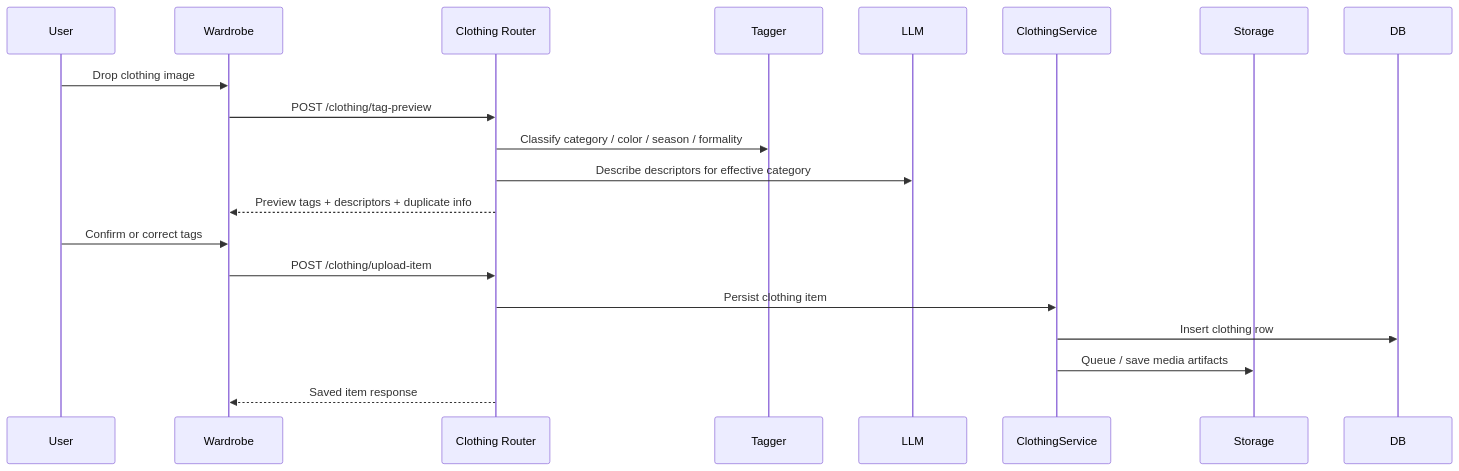
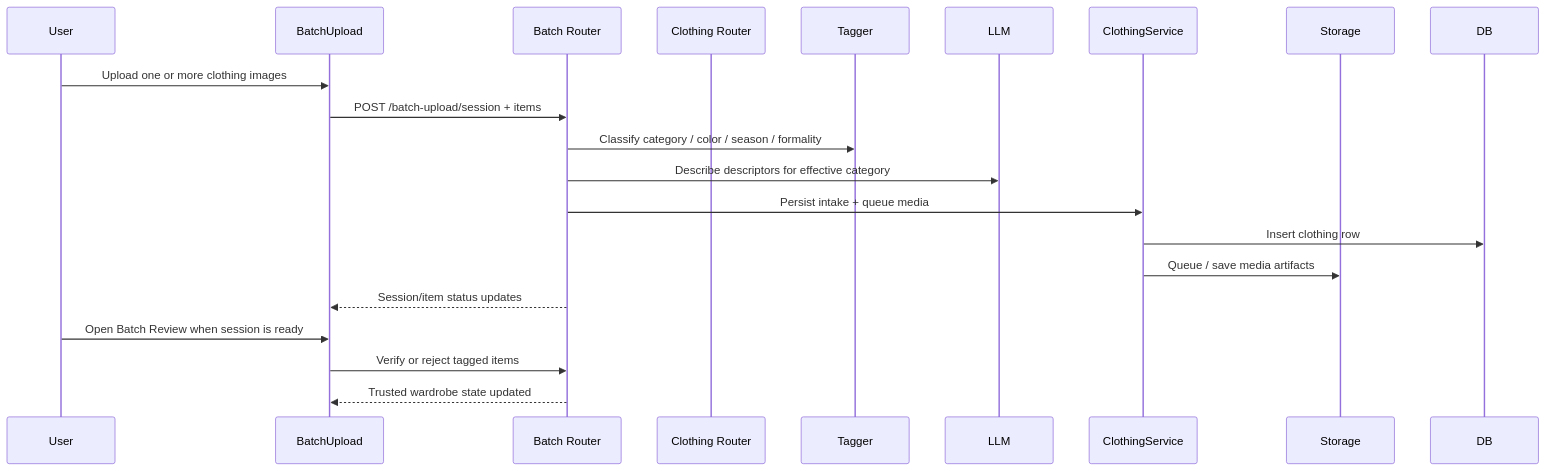
The fifth of 7 diagrams in docs/luxelook-activity.md (ankitapandit/LuxeLookAI), drawn with Mermaid before and after one commit. The commit also changed other lines of this file and 38 other files, not shown here.

````diff
--- a/docs/luxelook-activity.md
+++ b/docs/luxelook-activity.md
@@ -235,23 +242,24 @@
 ```mermaid
 sequenceDiagram
     participant User
-    participant Wardrobe
+    participant BatchUpload
+    participant BatchAPI as Batch Router
     participant ClothingAPI as Clothing Router
     participant Tagger
     participant LLM
     participant ClothingService
     participant Storage
     participant DB
 
-    User->>Wardrobe: Drop clothing image
-    Wardrobe->>ClothingAPI: POST /clothing/tag-preview
-    ClothingAPI->>Tagger: Classify category / color / season / formality
-    ClothingAPI->>LLM: Describe descriptors for effective category
-    ClothingAPI-->>Wardrobe: Preview tags + descriptors + duplicate info
-    User->>Wardrobe: Confirm or correct tags
-    Wardrobe->>ClothingAPI: POST /clothing/upload-item
-    ClothingAPI->>ClothingService: Persist clothing item
+    User->>BatchUpload: Upload one or more clothing images
+    BatchUpload->>BatchAPI: POST /batch-upload/session + items
+    BatchAPI->>Tagger: Classify category / color / season / formality
+    BatchAPI->>LLM: Describe descriptors for effective category
+    BatchAPI->>ClothingService: Persist intake + queue media
     ClothingService->>DB: Insert clothing row
     ClothingService->>Storage: Queue / save media artifacts
-    ClothingAPI-->>Wardrobe: Saved item response
+    BatchAPI-->>BatchUpload: Session/item status updates
+    User->>BatchUpload: Open Batch Review when session is ready
+    BatchUpload->>BatchAPI: Verify or reject tagged items
+    BatchAPI-->>BatchUpload: Trusted wardrobe state updated
 ```
````
